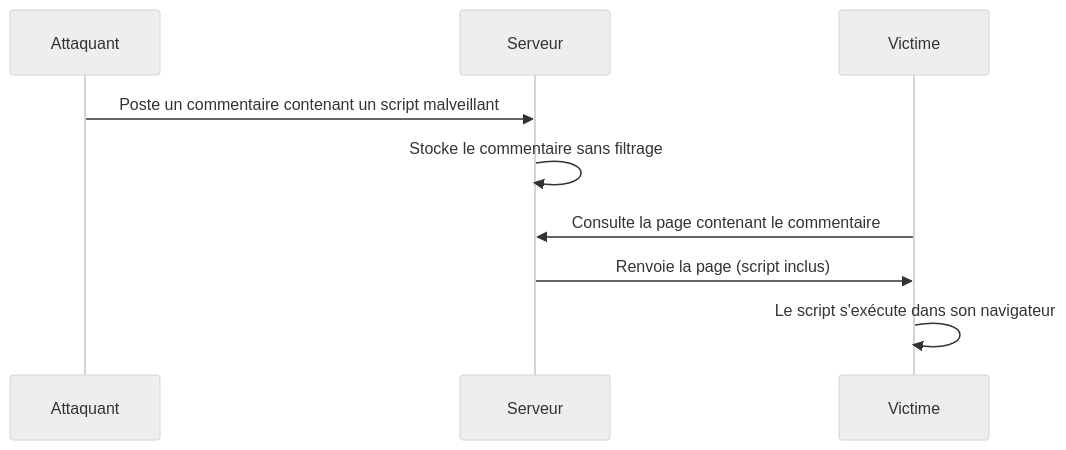
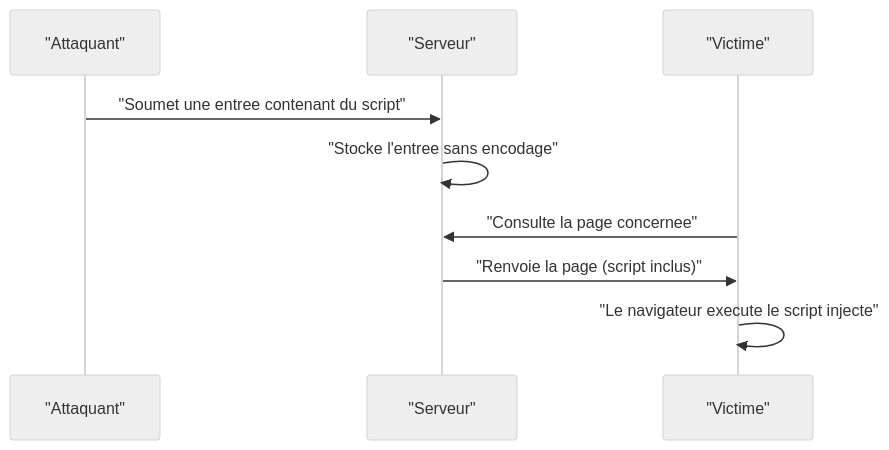
One commit to AureDulvresse/nyx changed the diagram in content/courses/web-security/04-xss.md. Above: the diagram before and after it, drawn with Mermaid (neutral theme). The commit also changed other lines of this file and 167 other files, not shown here.

````diff
--- a/content/courses/web-security/04-xss.md
+++ b/content/courses/web-security/04-xss.md
@@ -31,11 +38,11 @@
 ```mermaid
 sequenceDiagram
-    participant Attaquant
-    participant Serveur
-    participant Victime
-    Attaquant->>Serveur: Poste un commentaire contenant un script malveillant
-    Serveur->>Serveur: Stocke le commentaire sans filtrage
-    Victime->>Serveur: Consulte la page contenant le commentaire
-    Serveur->>Victime: Renvoie la page (script inclus)
-    Victime->>Victime: Le script s'exécute dans son navigateur
+    participant A as "Attaquant"
+    participant S as "Serveur"
+    participant V as "Victime"
+    A->>S: "Soumet une entree contenant du script"
+    S->>S: "Stocke l'entree sans encodage"
+    V->>S: "Consulte la page concernee"
+    S->>V: "Renvoie la page (script inclus)"
+    V->>V: "Le navigateur execute le script injecte"
 ```
````
